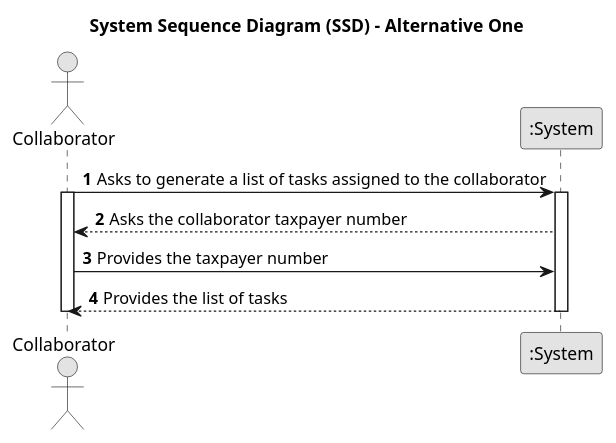
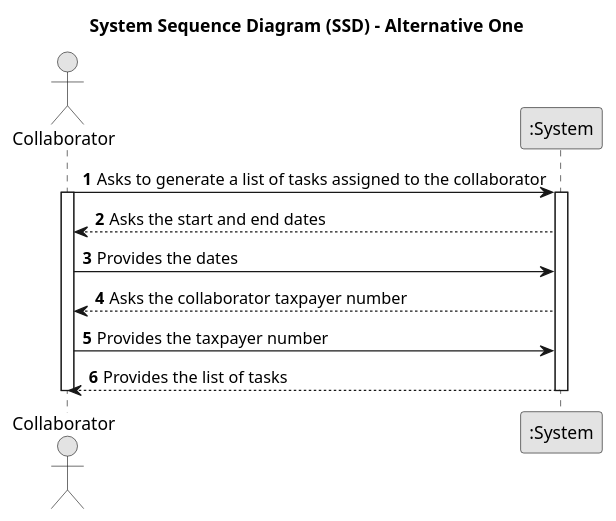
One commit to SAEmanuel/Green_Spaces_Management_ISEP changed the diagram in docs/sprintC/us028/01.requirements-engineering/puml/us028-system-sequence-diagram-alternative-one.puml. Above: the diagram before and after it, drawn with PlantUML. The commit also changed 22 other files, not shown here.

```diff
--- a/docs/sprintC/us028/01.requirements-engineering/puml/us028-system-sequence-diagram-alternative-one.puml
+++ b/docs/sprintC/us028/01.requirements-engineering/puml/us028-system-sequence-diagram-alternative-one.puml
@@ -1,25 +1,27 @@
 @startuml
 skinparam monochrome true
 skinparam packageStyle rectangle
 skinparam shadowing false
 
 title System Sequence Diagram (SSD) - Alternative One
 
 autonumber
 
 actor "Collaborator" as COLLAB
 participant ":System" as System
 
 
         COLLAB -> System: Asks to generate a list of tasks assigned to the collaborator
         activate COLLAB
         activate System
 
+        System --> COLLAB : Asks the start and end dates
+        COLLAB -> System : Provides the dates
         System --> COLLAB : Asks the collaborator taxpayer number
         COLLAB -> System : Provides the taxpayer number
         System --> COLLAB: Provides the list of tasks
 
 
         deactivate System
         deactivate COLLAB
 @enduml
```
